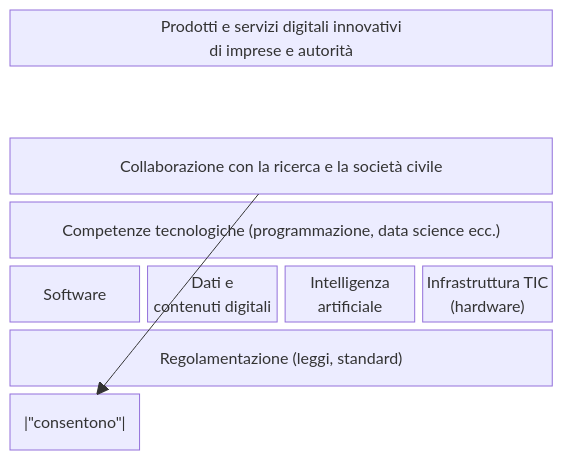
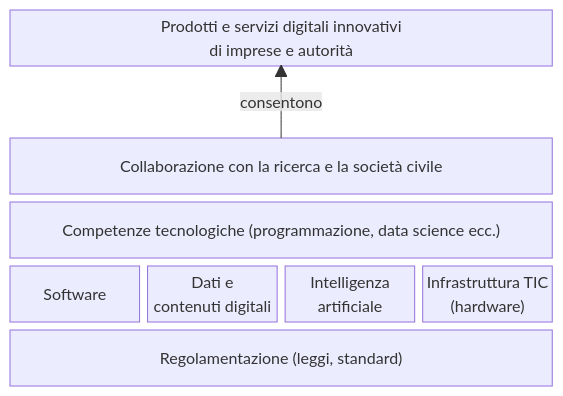
One commit to 736-c41-2c1-e464fc974/opensource-guidelines changed the fourth of 5 diagrams in docs/em002-7.adoc. Above: the diagram before and after it, drawn with Mermaid. The commit also changed other lines of this file, not shown here.

First line of the commit message:
Point the sovereignty arrow back at the roof

```diff
--- a/docs/em002-7.adoc
+++ b/docs/em002-7.adoc
@@ -2255,12 +2266,12 @@
 [mermaid,align="center",alt="Rappresentazione schematica degli aspetti della sovranità digitale che consentono la fornitura di prodotti e servizi innovativi"]
 ....
 block-beta
   columns 4
   Roof["Prodotti e servizi digitali innovativi<br/>di imprese e autorità"]:4
   space:4
   Collab["Collaborazione con la ricerca e la società civile"]:4
   Skills["Competenze tecnologiche (programmazione, data science ecc.)"]:4
   SW["Software"] Data["Dati e<br/>contenuti digitali"] AI["Intelligenza<br/>artificiale"] Infra["Infrastruttura TIC<br/>(hardware)"]
   Reg["Regolamentazione (leggi, standard)"]:4
-  Collab -->|"consentono"| Roof
+  Collab-- "consentono" -->Roof
 ....
```
